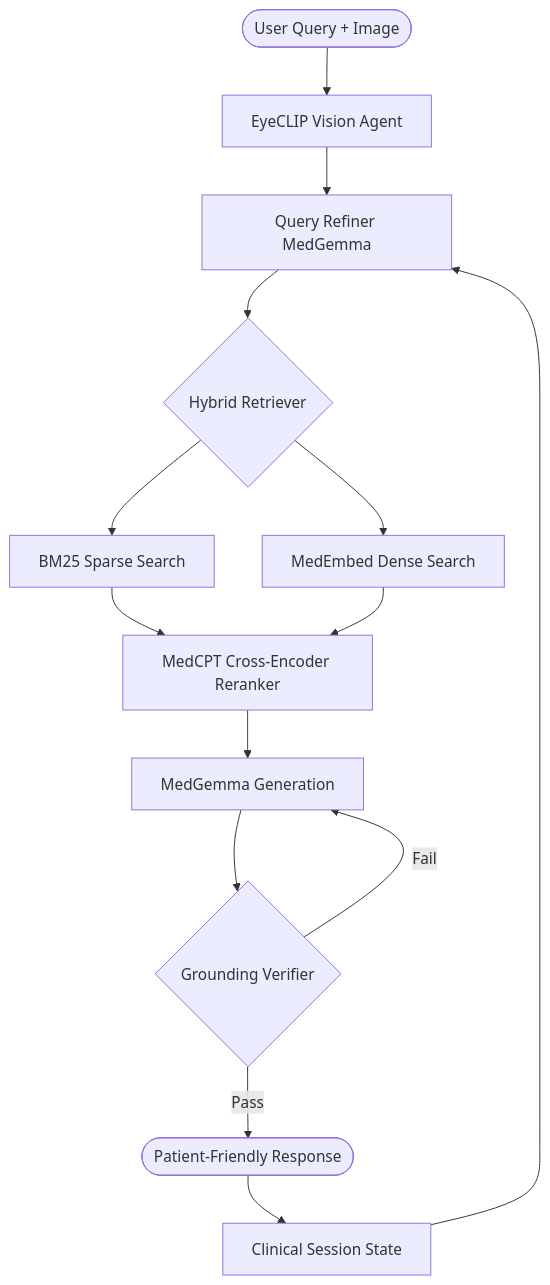
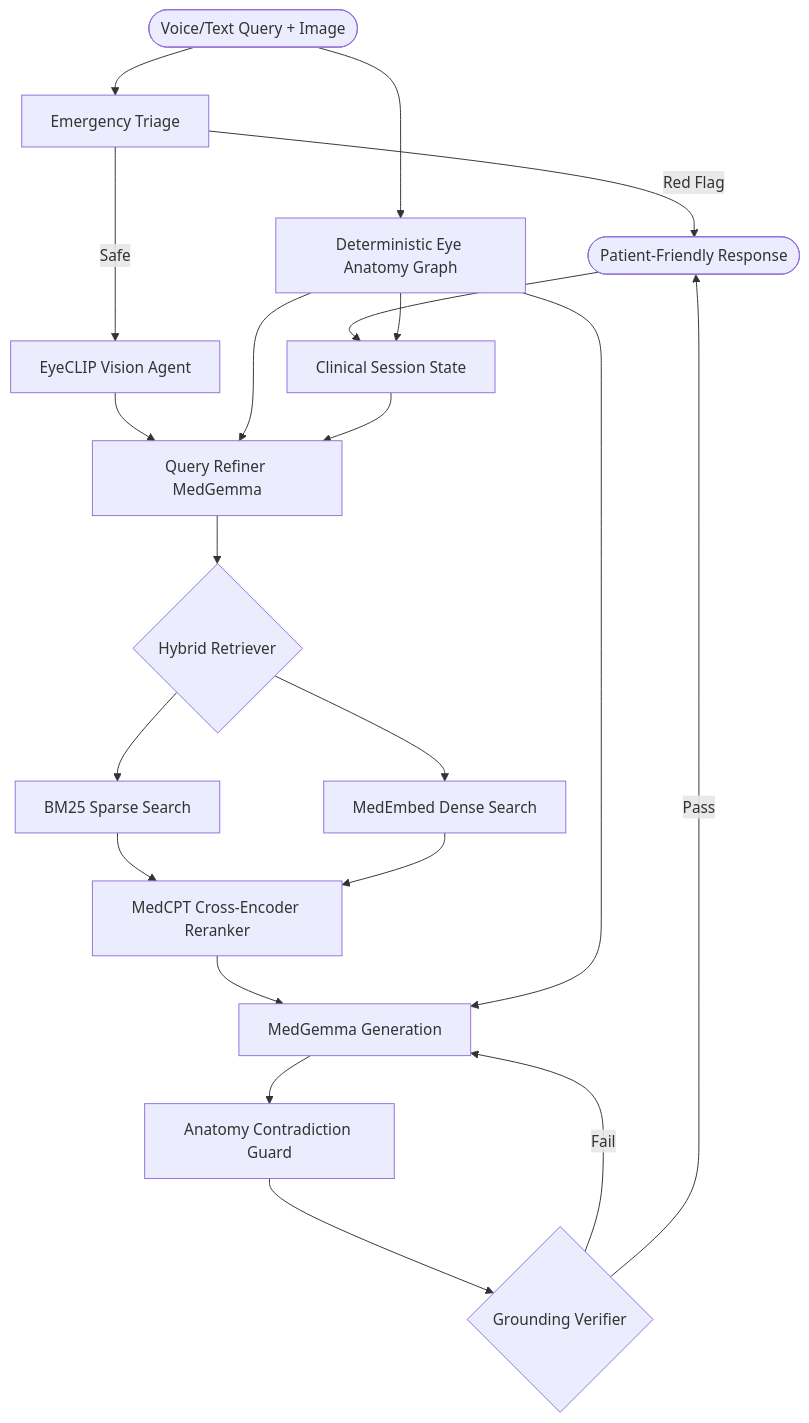
Before and after one commit to sycoraxx/Ophthalmic-RAG: the diagram in README.md, drawn with Mermaid. The commit also changed other lines of this file, not shown here.

````diff
--- a/README.md
+++ b/README.md
@@ -46,15 +60,22 @@
 ```mermaid
 graph TD
-    User([User Query + Image]) --> EyeCLIP[EyeCLIP Vision Agent]
-    EyeCLIP --> Refinement[Query Refiner MedGemma]
+  User([Voice/Text Query + Image]) --> Triage[Emergency Triage]
+  Triage -- Red Flag --> FinalAnswer([Patient-Friendly Response])
+  Triage -- Safe --> EyeCLIP[EyeCLIP Vision Agent]
+  User --> AnatomyGraph[Deterministic Eye Anatomy Graph]
+  EyeCLIP --> Refinement[Query Refiner MedGemma]
+  AnatomyGraph --> Refinement
     Refinement --> Retrieval{Hybrid Retriever}
     Retrieval --> BM25[BM25 Sparse Search]
     Retrieval --> MedEmbed[MedEmbed Dense Search]
     BM25 & MedEmbed --> Reranker[MedCPT Cross-Encoder Reranker]
     Reranker --> Generator[MedGemma Generation]
-    Generator --> Verification{Grounding Verifier}
+  AnatomyGraph --> Generator
+  Generator --> AnatomyGuard[Anatomy Contradiction Guard]
+  AnatomyGuard --> Verification{Grounding Verifier}
     Verification -- Fail --> Generator
     Verification -- Pass --> FinalAnswer([Patient-Friendly Response])
     FinalAnswer --> State[Clinical Session State]
+  AnatomyGraph --> State
     State --> Refinement
 ```
````
